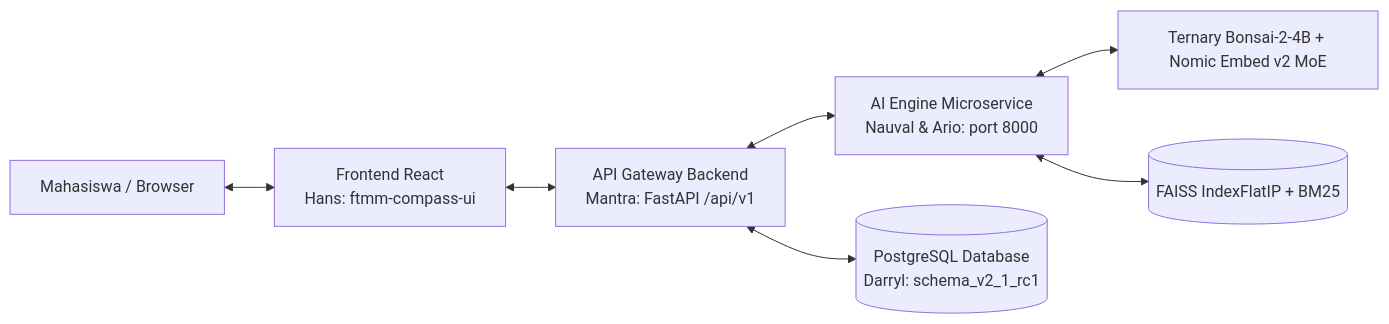
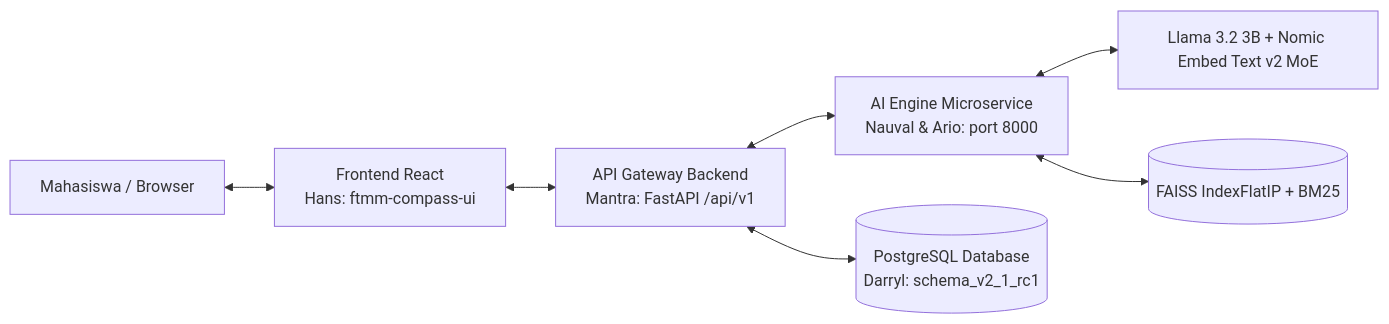
The first of 3 diagrams in docs/INTEGRATION_FLOW.md (Primarizki21/ftmm-compass-chatbot), drawn with Mermaid before and after one commit. The commit also changed other lines of this file and 3 other files, not shown here.

Commit message:
refactor(architecture): synchronize visual pipeline flowchart and integration diagrams with production models

````diff
--- a/docs/INTEGRATION_FLOW.md
+++ b/docs/INTEGRATION_FLOW.md
@@ -13,9 +13,9 @@
 ```mermaid
 graph LR
     Client[Mahasiswa / Browser] <--> FE[Frontend React<br/>Hans: ftmm-compass-ui]
     FE <--> GW[API Gateway Backend<br/>Mantra: FastAPI /api/v1]
     GW <--> AI[AI Engine Microservice<br/>Nauval & Ario: port 8000]
     GW <--> DB[(PostgreSQL Database<br/>Darryl: schema_v2_1_rc1)]
-    AI <--> LocalEngine[Ternary Bonsai-2-4B + Nomic Embed v2 MoE]
+    AI <--> LocalEngine[Llama 3.2 3B + Nomic Embed Text v2 MoE]
     AI <--> VectorStore[(FAISS IndexFlatIP + BM25)]
 ```
````
